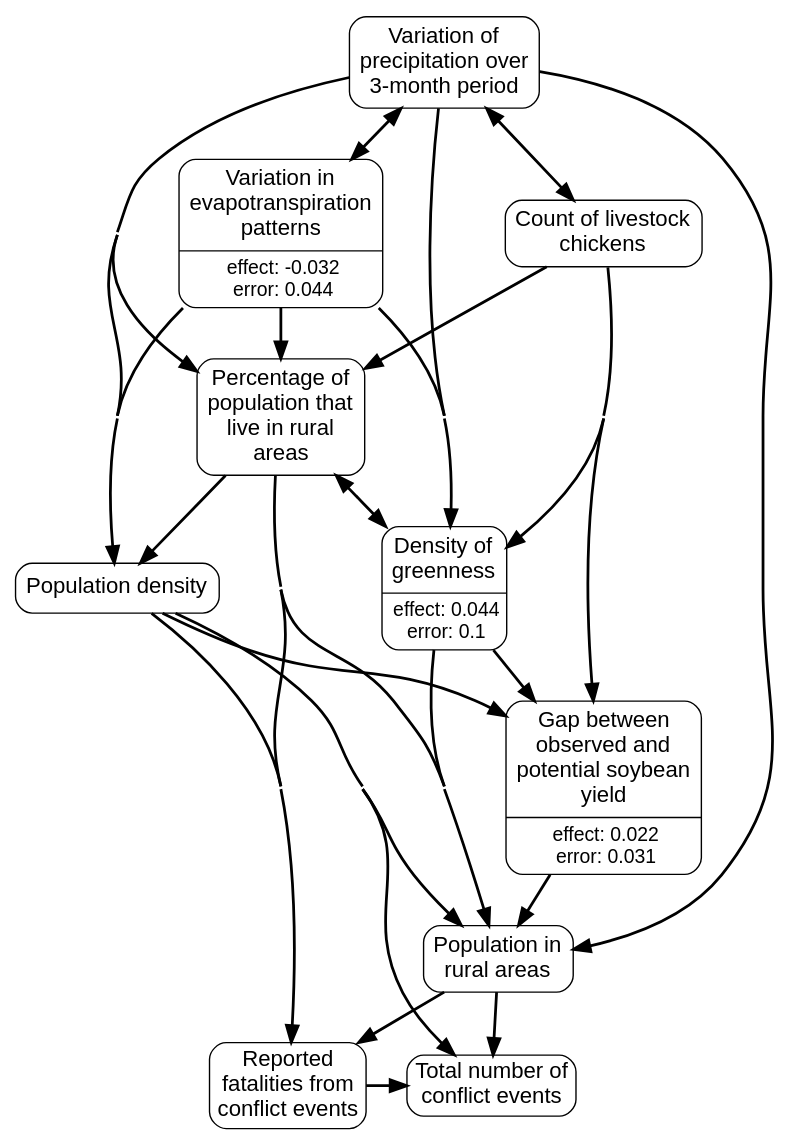
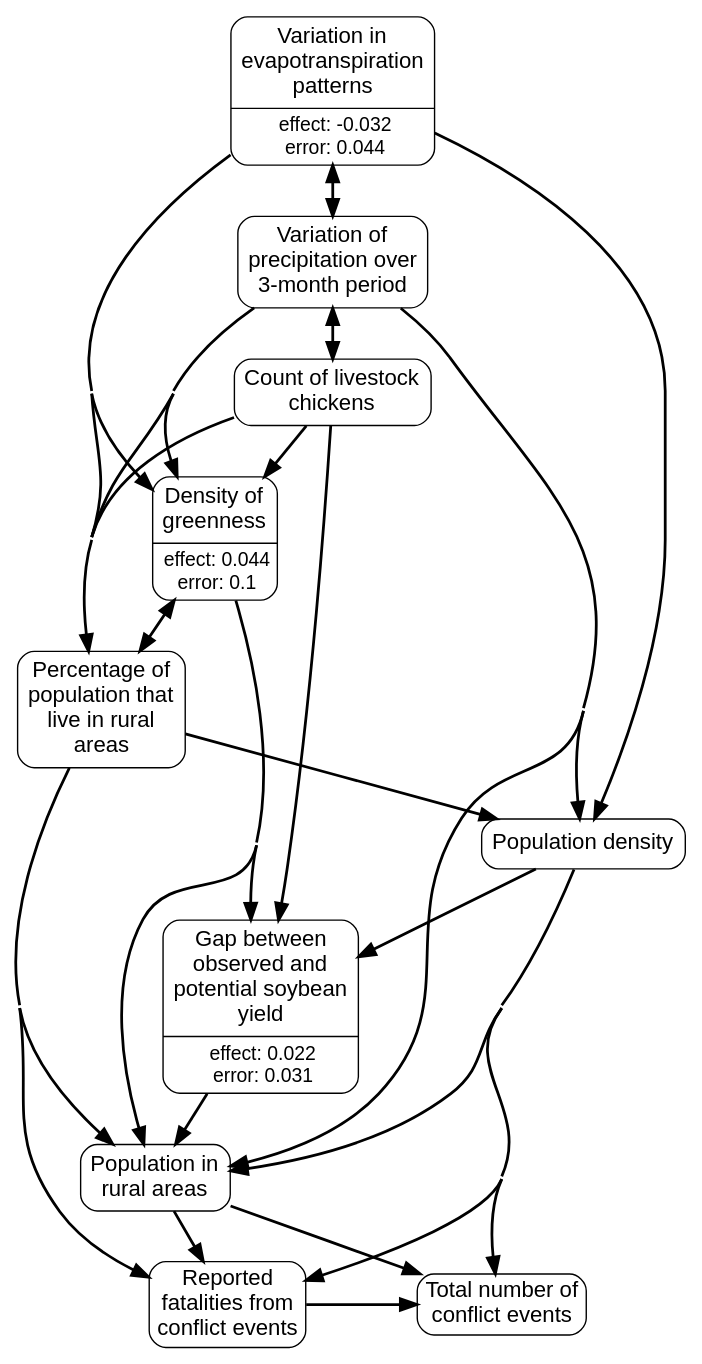
One commit to wri/wri-wpsi changed the diagram in app/javascript/images/regions/causal_graphs/latin_america_and_caribbean.gv. Above: the diagram before and after it, drawn with Graphviz. The commit also changed 14 other files, not shown here.

```diff
--- a/app/javascript/images/regions/causal_graphs/latin_america_and_caribbean.gv
+++ b/app/javascript/images/regions/causal_graphs/latin_america_and_caribbean.gv
@@ -1,81 +1,84 @@
 # generated file for region: latin_america_and_caribbean by CausalModelRegionGenerator
 strict digraph causalModel {
 nodesep = 0.4;
 concentrate = true;
 node[shape = Mrecord, fontname = "Helvetica, Arial, sans-serif", margin = "0.07,0.05", penwidth = 1.0];
 edge[arrowsize = 1.2, penwidth = 2];
 
-#ranks
-{rank=same; acl_sum_evnt_m acl_sum_fatl_m; }
-# links
-et_anom_m_STD_m -> spi_3_m;
-et_anom_m_STD_m -> rurratio_s;
-et_anom_m_STD_m -> locdensity_y;
-et_anom_m_STD_m -> ndvi_act_min_m;
-chicken_number_s -> spi_3_m;
-chicken_number_s -> yield_gap_soybean_s;
-chicken_number_s -> rurratio_s;
-chicken_number_s -> ndvi_act_min_m;
-spi_3_m -> et_anom_m_STD_m;
-spi_3_m -> chicken_number_s;
-spi_3_m -> rurpop_s;
-spi_3_m -> rurratio_s;
-spi_3_m -> locdensity_y;
-spi_3_m -> ndvi_act_min_m;
-rurpop_s -> acl_sum_evnt_m;
-rurpop_s -> acl_sum_fatl_m;
-yield_gap_soybean_s -> rurpop_s;
-rurratio_s -> rurpop_s;
-rurratio_s -> locdensity_y;
-rurratio_s -> ndvi_act_min_m;
-rurratio_s -> acl_sum_fatl_m;
-locdensity_y -> rurpop_s;
-locdensity_y -> yield_gap_soybean_s;
-locdensity_y -> acl_sum_evnt_m;
-locdensity_y -> acl_sum_fatl_m;
-ndvi_act_min_m -> rurpop_s;
-ndvi_act_min_m -> yield_gap_soybean_s;
-ndvi_act_min_m -> rurratio_s;
-acl_sum_fatl_m -> acl_sum_evnt_m;
 # nodes
 et_anom_m_STD_m [label = <{<table align="center" border="0" cellspacing="1" cellpadding="1">
 <tr><td><font point-size="16">Variation in<br/>evapotranspiration<br/>patterns<br/></font></td></tr>
 </table>
 |<table border="0" cellspacing="1" cellpadding="0.5"><tr><td><font point-size="14">effect: -0.032</font></td></tr>
 <tr><td><font point-size="14">error: 0.044</font></td></tr></table>}>, class = rankB];
 chicken_number_s [label = <<table align="center" border="0" cellspacing="1" cellpadding="1">
 <tr><td><font point-size="16">Count of livestock<br/>chickens<br/></font></td></tr>
 </table>
 >, class = rankB];
 spi_3_m [label = <<table align="center" border="0" cellspacing="1" cellpadding="1">
 <tr><td><font point-size="16">Variation of<br/>precipitation over<br/>3-month period<br/></font></td></tr>
 </table>
 >, class = rankB];
 rurpop_s [label = <<table align="center" border="0" cellspacing="1" cellpadding="1">
 <tr><td><font point-size="16">Population in<br/>rural areas<br/></font></td></tr>
 </table>
 >, class = rankB];
 yield_gap_soybean_s [label = <{<table align="center" border="0" cellspacing="1" cellpadding="1">
 <tr><td><font point-size="16">Gap between<br/>observed and<br/>potential soybean<br/>yield<br/></font></td></tr>
 </table>
 |<table border="0" cellspacing="1" cellpadding="0.5"><tr><td><font point-size="14">effect: 0.022</font></td></tr>
 <tr><td><font point-size="14">error: 0.031</font></td></tr></table>}>, class = rankB];
 rurratio_s [label = <<table align="center" border="0" cellspacing="1" cellpadding="1">
 <tr><td><font point-size="16">Percentage of<br/>population that<br/>live in rural<br/>areas<br/></font></td></tr>
 </table>
 >, class = rankB];
 locdensity_y [label = <<table align="center" border="0" cellspacing="1" cellpadding="1">
 <tr><td><font point-size="16">Population density</font></td></tr>
 </table>
 >, class = rankB];
 ndvi_act_min_m [label = <{<table align="center" border="0" cellspacing="1" cellpadding="1">
 <tr><td><font point-size="16">Density of<br/>greenness<br/></font></td></tr>
 </table>
 |<table border="0" cellspacing="1" cellpadding="0.5"><tr><td><font point-size="14">effect: 0.044</font></td></tr>
 <tr><td><font point-size="14">error: 0.1</font></td></tr></table>}>, class = rankB];
 acl_sum_evnt_m [label = "Total number of
 conflict events", class = rankC, shape=box, style=rounded, fontsize="16pt"];
 acl_sum_fatl_m [label = "Reported
 fatalities from
 conflict events", class = rankC, shape=box, style=rounded, fontsize="16pt"];
+
+#ranks
+{rank=same; acl_sum_evnt_m acl_sum_fatl_m; }
+
+# links
+et_anom_m_STD_m -> spi_3_m;
+et_anom_m_STD_m -> rurratio_s;
+et_anom_m_STD_m -> locdensity_y;
+et_anom_m_STD_m -> ndvi_act_min_m;
+chicken_number_s -> spi_3_m;
+chicken_number_s -> yield_gap_soybean_s;
+chicken_number_s -> rurratio_s;
+chicken_number_s -> ndvi_act_min_m;
+spi_3_m -> et_anom_m_STD_m;
+spi_3_m -> chicken_number_s;
+spi_3_m -> rurpop_s;
+spi_3_m -> rurratio_s;
+spi_3_m -> locdensity_y;
+spi_3_m -> ndvi_act_min_m;
+rurpop_s -> acl_sum_evnt_m;
+rurpop_s -> acl_sum_fatl_m;
+yield_gap_soybean_s -> rurpop_s;
+rurratio_s -> rurpop_s;
+rurratio_s -> locdensity_y;
+rurratio_s -> ndvi_act_min_m;
+rurratio_s -> acl_sum_fatl_m;
+locdensity_y -> rurpop_s;
+locdensity_y -> yield_gap_soybean_s;
+locdensity_y -> acl_sum_evnt_m;
+locdensity_y -> acl_sum_fatl_m;
+ndvi_act_min_m -> rurpop_s;
+ndvi_act_min_m -> yield_gap_soybean_s;
+ndvi_act_min_m -> rurratio_s;
+acl_sum_fatl_m -> acl_sum_evnt_m;
+
 }
```
